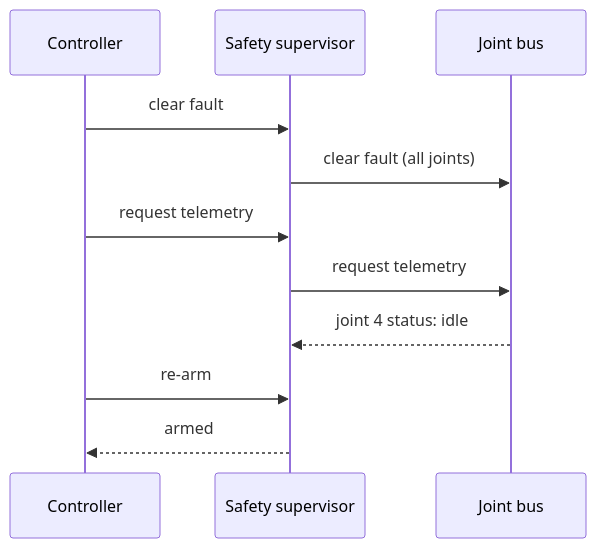
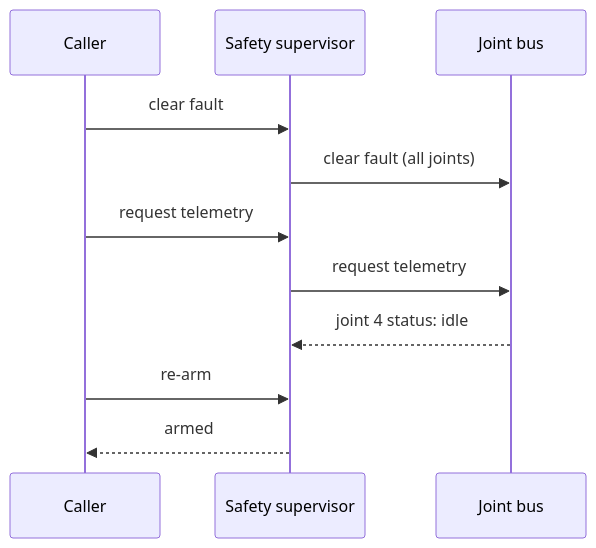
The fourth of 4 diagrams in documentation/design/safety.md (embedded-pro/e-robot-arm), drawn with Mermaid before and after one commit. The commit also changed other lines of this file and 7 other files, not shown here.

````diff
--- a/documentation/design/safety.md
+++ b/documentation/design/safety.md
@@ -182,13 +309,13 @@
 ```mermaid
 sequenceDiagram
-    participant C as Controller
+    participant C as Caller
     participant S as Safety supervisor
     participant B as Joint bus
     C->>S: clear fault
     S->>B: clear fault (all joints)
     C->>S: request telemetry
     S->>B: request telemetry
     B-->>S: joint 4 status: idle
     C->>S: re-arm
     S-->>C: armed
 ```
````
